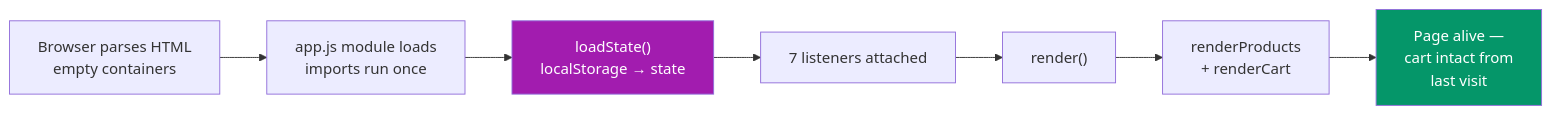
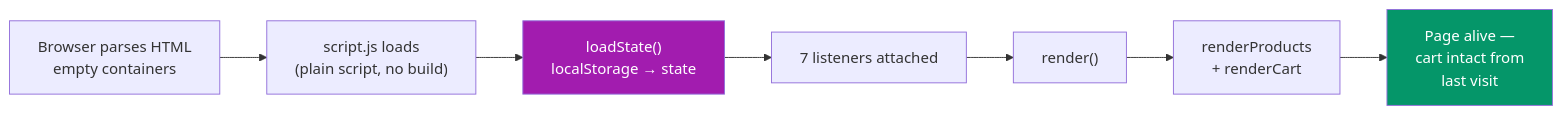
Before and after one commit to nikhilvanama/Learning_Plan: the fourth of 6 diagrams in Projects/Vanila jS/shopping-cart/EXPLANATION.md, drawn with Mermaid. The commit also changed other lines of this file and 21 other files, not shown here.

````diff
--- a/Projects/Vanila jS/shopping-cart/EXPLANATION.md
+++ b/Projects/Vanila jS/shopping-cart/EXPLANATION.md
@@ -411,11 +411,11 @@
 ```mermaid
 graph LR
-    A["Browser parses HTML<br/>empty containers"] --> B["app.js module loads<br/>imports run once"]
+    A["Browser parses HTML<br/>empty containers"] --> B["script.js loads<br/>(plain script, no build)"]
     B --> C["loadState()<br/>localStorage → state"]
     C --> D["7 listeners attached"]
     D --> E["render()"]
     E --> F["renderProducts<br/>+ renderCart"]
     F --> G["Page alive —<br/>cart intact from<br/>last visit"]
     style C fill:#a21caf,color:#fff
     style G fill:#059669,color:#fff
 ```
````
